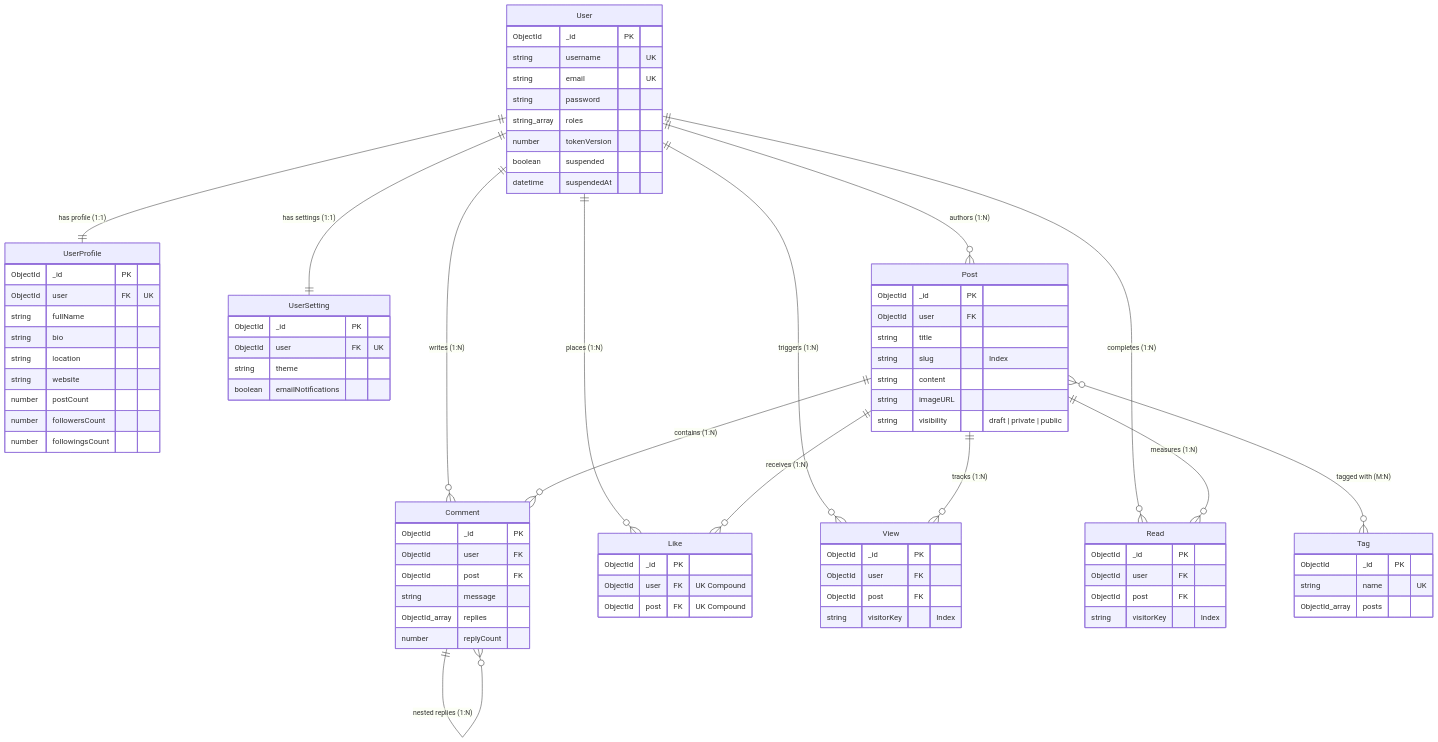
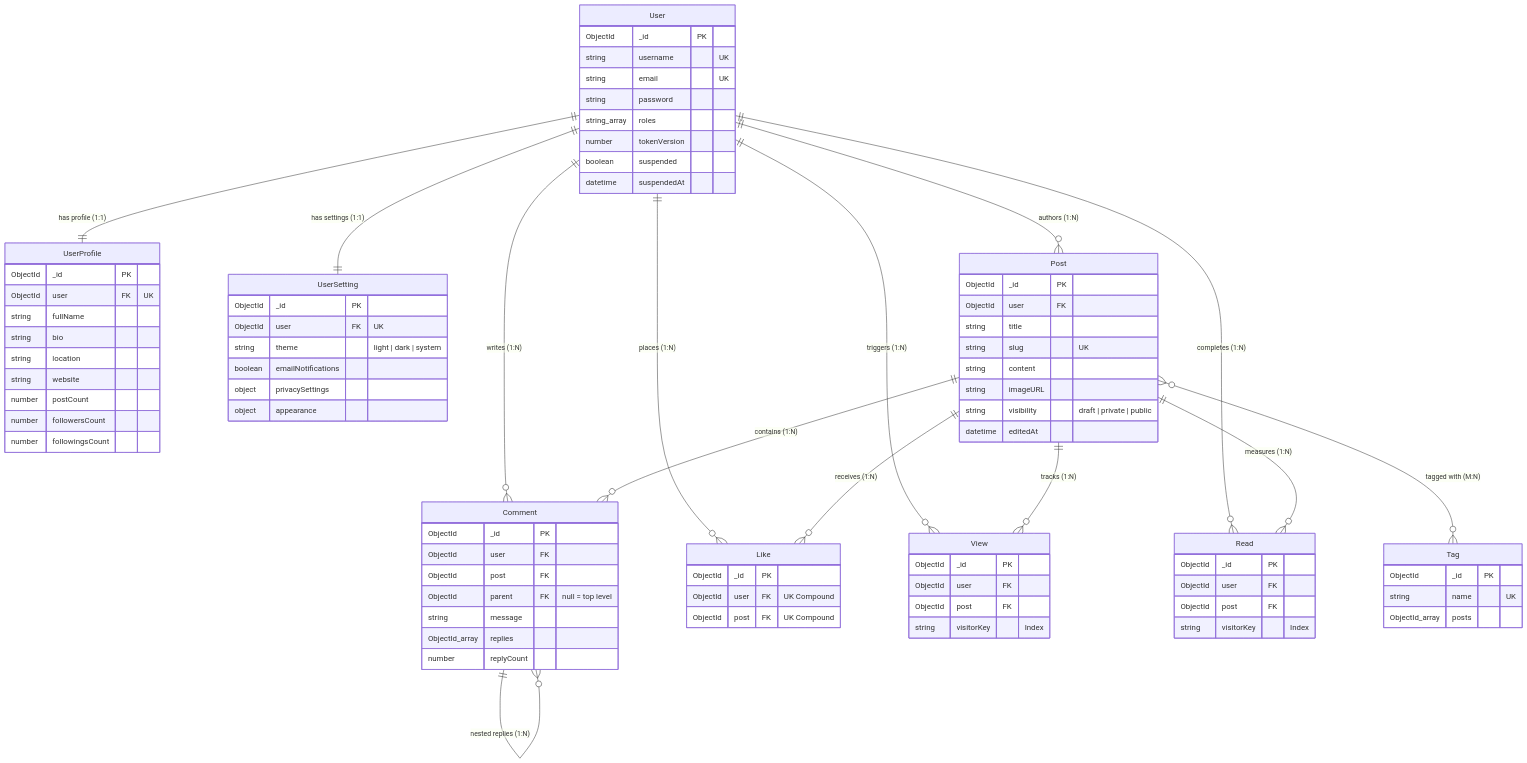
One commit to Purvesh-PJ/bloghub changed the diagram in docs/reference/database.md. Above: the diagram before and after it, drawn with Mermaid. The commit also changed other lines of this file and 24 other files, not shown here.

```diff
--- a/docs/reference/database.md
+++ b/docs/reference/database.md
@@ -82,24 +82,28 @@
     UserSetting {
         ObjectId _id PK
         ObjectId user FK "UK"
-        string theme
+        string theme "light | dark | system"
         boolean emailNotifications
+        object privacySettings
+        object appearance
     }
 
     Post {
         ObjectId _id PK
         ObjectId user FK
         string title
-        string slug "Index"
+        string slug "UK"
         string content
         string imageURL
         string visibility "draft | private | public"
+        datetime editedAt
     }
 
     Comment {
         ObjectId _id PK
         ObjectId user FK
         ObjectId post FK
+        ObjectId parent FK "null = top level"
         string message
         ObjectId_array replies
         number replyCount
```
